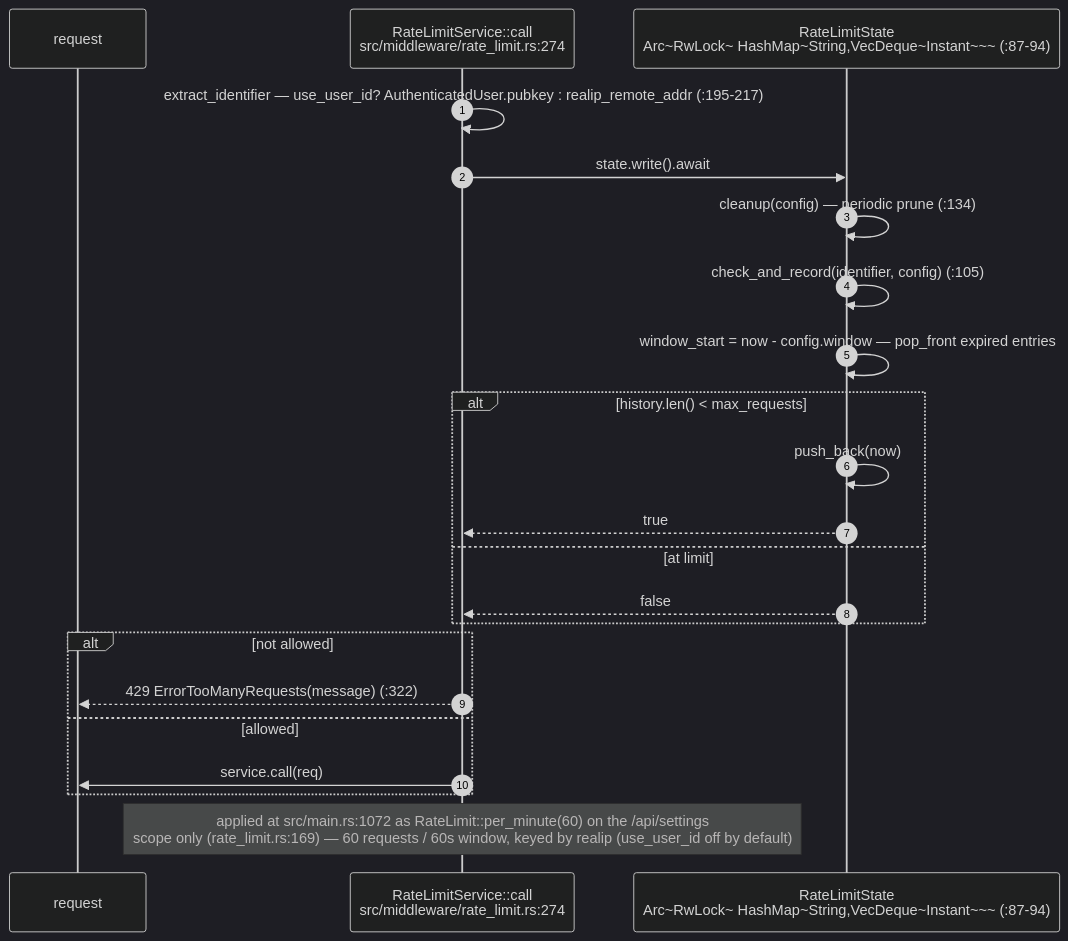
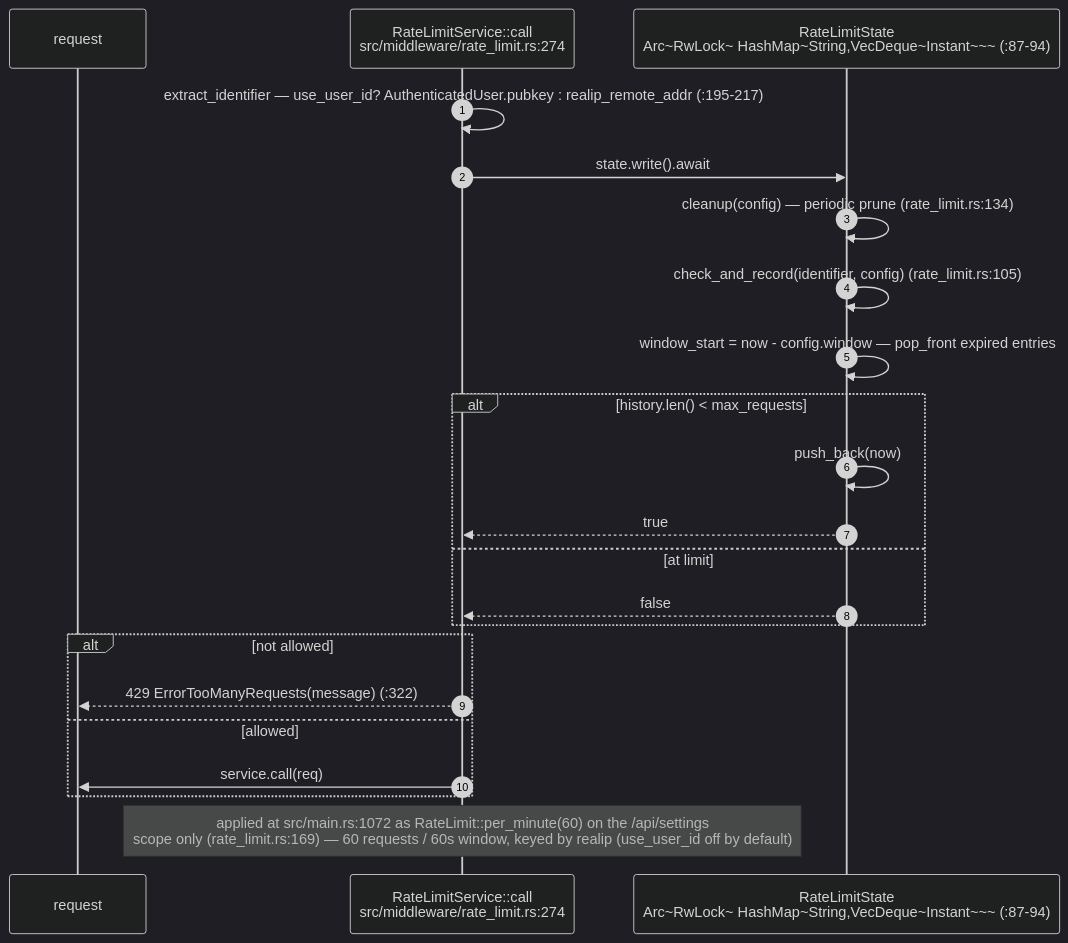
Before and after one commit to DreamLab-AI/VisionFlow: diagram 12 of 16 in docs/diagrams/visionclaw/03-request-lifecycle-and-rbac.md, drawn with Mermaid (dark theme). The commit also changed other lines of this file and 52 other files, not shown here.

First line of the commit message:
docs(diagrams): wave 3 checkpoint — bare line refs resolved, revision-pinned cite-check, VC-05/AB-01..13 re-attested

````diff
--- a/docs/diagrams/visionclaw/03-request-lifecycle-and-rbac.md
+++ b/docs/diagrams/visionclaw/03-request-lifecycle-and-rbac.md
@@ -489,25 +491,25 @@
 ```mermaid
 sequenceDiagram
     autonumber
     participant R as request
     participant RL as RateLimitService::call<br/>src/middleware/rate_limit.rs:274
     participant ST as RateLimitState<br/>Arc~RwLock~ HashMap~String,VecDeque~Instant~~~ (:87-94)
 
     RL->>RL: extract_identifier — use_user_id? AuthenticatedUser.pubkey : realip_remote_addr (:195-217)
     RL->>ST: state.write().await
-    ST->>ST: cleanup(config) — periodic prune (:134)
-    ST->>ST: check_and_record(identifier, config) (:105)
+    ST->>ST: cleanup(config) — periodic prune (rate_limit.rs:134)
+    ST->>ST: check_and_record(identifier, config) (rate_limit.rs:105)
     ST->>ST: window_start = now - config.window — pop_front expired entries
     alt history.len() < max_requests
         ST->>ST: push_back(now)
         ST-->>RL: true
     else at limit
         ST-->>RL: false
     end
     alt not allowed
         RL-->>R: 429 ErrorTooManyRequests(message) (:322)
     else allowed
         RL->>R: service.call(req)
     end
     Note over RL: applied at src/main.rs:1072 as RateLimit::per_minute(60) on the /api/settings<br/>scope only (rate_limit.rs:169) — 60 requests / 60s window, keyed by realip (use_user_id off by default)
 ```
````
